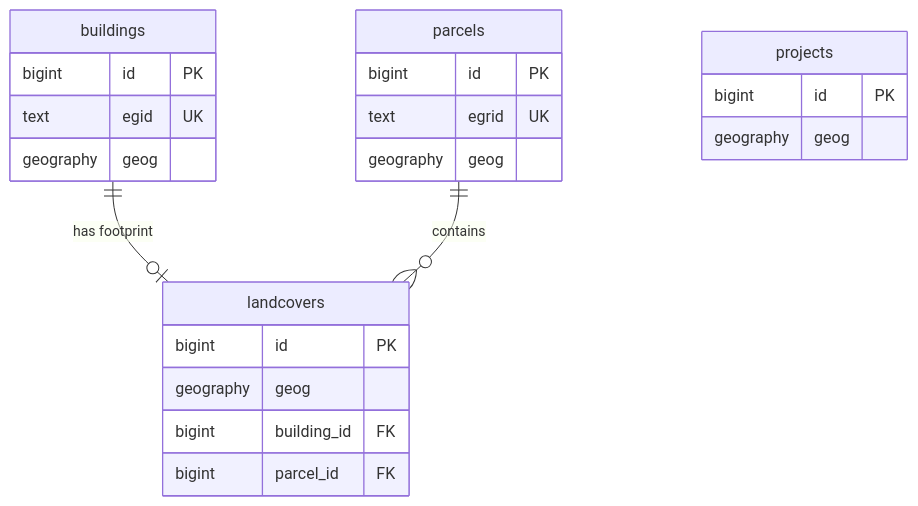
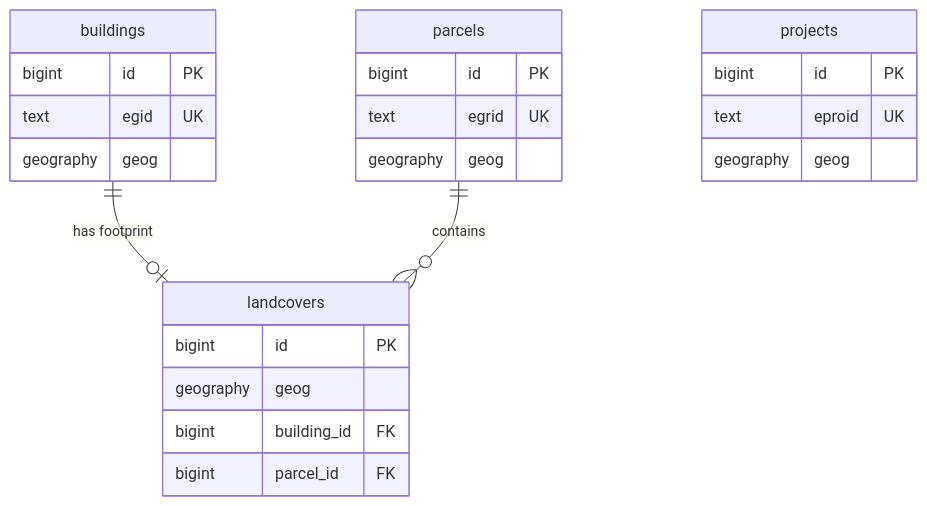
Before and after one commit to davras5/OpenBuildings: the diagram in documentation/database-schema-design.md, drawn with Mermaid. The commit also changed other lines of this file, not shown here.

First line of the commit message:
Add EPROID to projects and roof_form to buildings

````diff
--- a/documentation/database-schema-design.md
+++ b/documentation/database-schema-design.md
@@ -20,29 +20,30 @@
 ```mermaid
 erDiagram
     buildings ||--o| landcovers : "has footprint"
     parcels ||--o{ landcovers : "contains"
 
     buildings {
         bigint id PK
         text egid UK
         geography geog
     }
 
     parcels {
         bigint id PK
         text egrid UK
         geography geog
     }
 
     landcovers {
         bigint id PK
         geography geog
         bigint building_id FK
         bigint parcel_id FK
     }
 
     projects {
         bigint id PK
+        text eproid UK
         geography geog
     }
 ```
````
